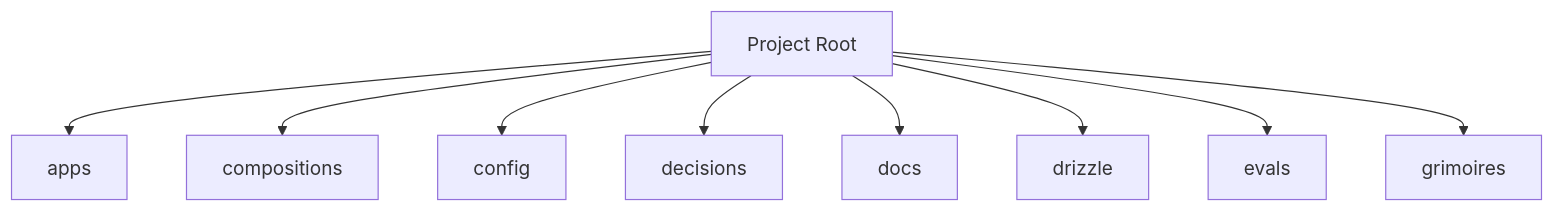
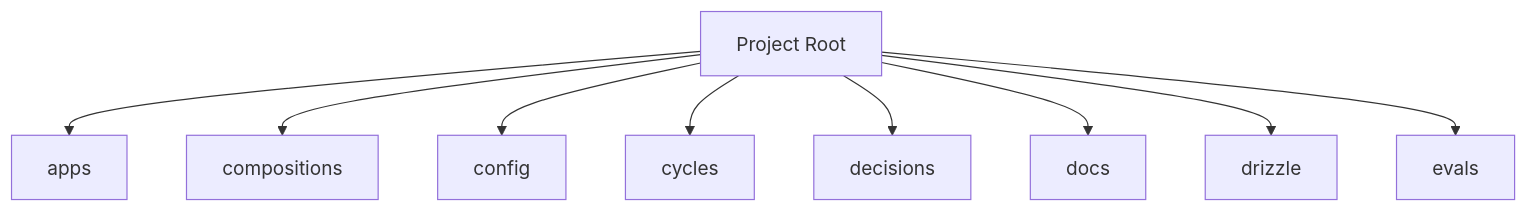
Before and after one commit to 0xHoneyJar/loa-freeside: the diagram in BUTTERFREEZONE.md, drawn with Mermaid. The commit also changed other lines of this file and 17 other files, not shown here.

````diff
--- a/BUTTERFREEZONE.md
+++ b/BUTTERFREEZONE.md
@@ -53,20 +56,20 @@
 ```mermaid
 graph TD
     apps[apps]
     compositions[compositions]
     config[config]
+    cycles[cycles]
     decisions[decisions]
     docs[docs]
     drizzle[drizzle]
     evals[evals]
-    grimoires[grimoires]
     Root[Project Root]
     Root --> apps
     Root --> compositions
     Root --> config
+    Root --> cycles
     Root --> decisions
     Root --> docs
     Root --> drizzle
     Root --> evals
-    Root --> grimoires
 ```
````
